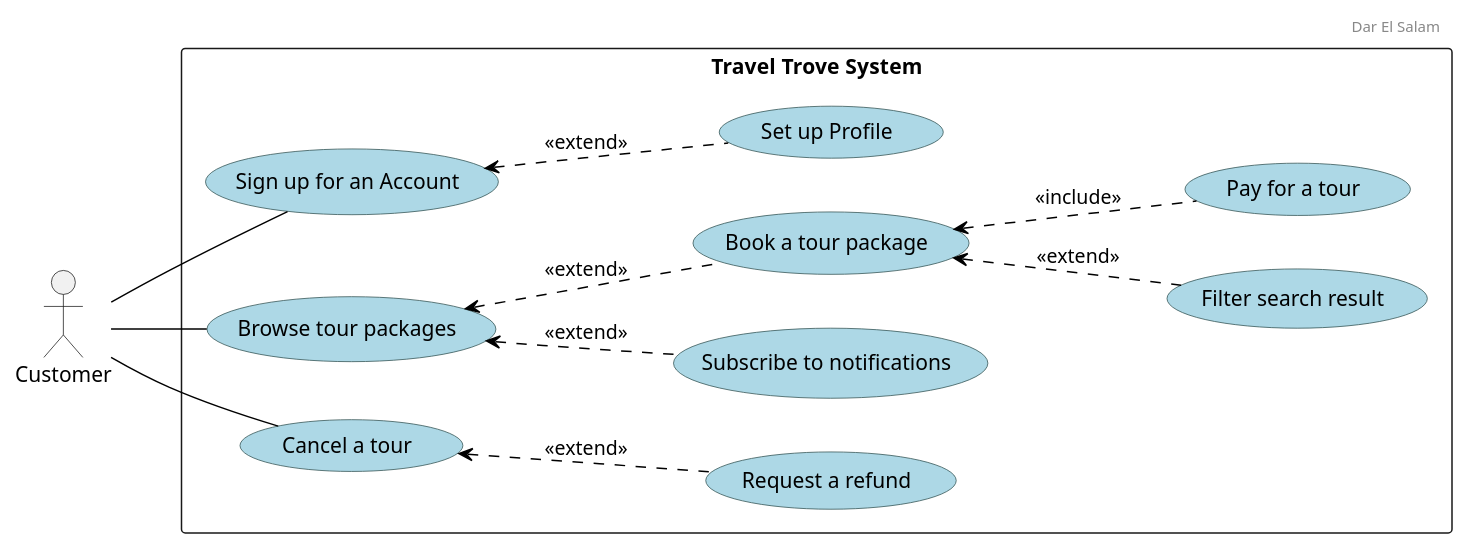
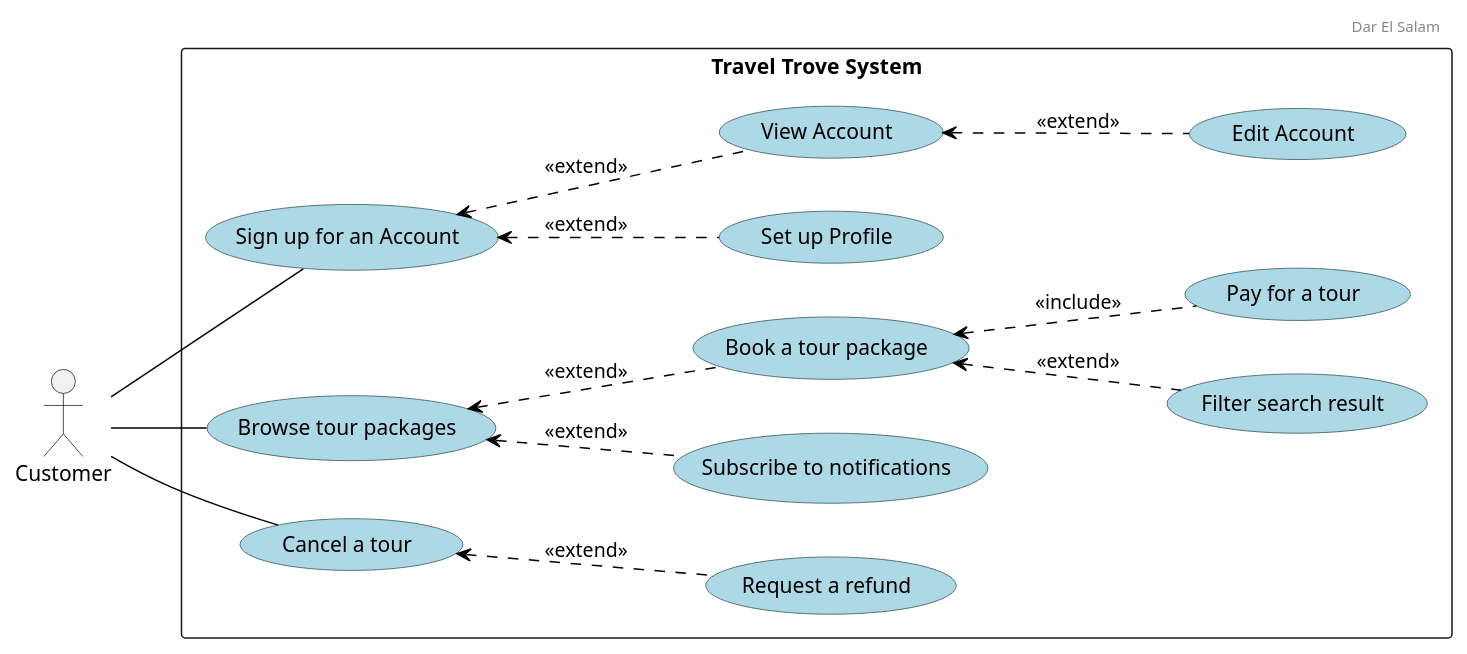
One commit to Hares-2088/TravelTrove changed the diagram in diagrams/use cases/Customer.puml. Above: the diagram before and after it, drawn with PlantUML. The commit also changed 2 other files, not shown here.

Commit message:
Sprint 1 entities use case diagram

```diff
--- a/diagrams/use cases/Customer.puml
+++ b/diagrams/use cases/Customer.puml
@@ -1,50 +1,54 @@
 @startuml
 
 left to right direction
 
 ' Add a header with left alignment
 header
 Dar El Salam
 endheader
 
 ' Align the header text to the left
 skinparam headerAlignment left
 
 ' Custom skin parameters for use cases
 skinparam usecase {
     BackgroundColor lightblue
     BorderColor DarkSlateGray
     ArrowColor Black
 }
 
 actor "Customer" as Customer
 
 rectangle "Travel Trove System" {
 
     usecase "Sign up for an Account"
     usecase "Set up Profile"
+    usecase "View Account"
+    usecase "Edit Account"
 
     usecase "Browse tour packages"
     usecase "Filter search result"
     usecase "Subscribe to notifications"
 
     usecase "Book a tour package"
     usecase "Pay for a tour"
 
     usecase "Cancel a tour"
     usecase "Request a refund"
 }
 
 "Sign up for an Account" <.. "Set up Profile" : <<extend>>
+"Sign up for an Account" <.. "View Account" : <<extend>>
+"View Account" <.. "Edit Account" : <<extend>>
 "Browse tour packages" <.. "Book a tour package" : <<extend>>
 "Browse tour packages" <.. "Subscribe to notifications" : <<extend>>
 "Book a tour package" <.. "Filter search result" : <<extend>>
 "Book a tour package" <.. "Pay for a tour" : <<include>>
 "Cancel a tour" <.. "Request a refund" : <<extend>>
 
 Customer -- "Sign up for an Account"
 Customer -- "Browse tour packages"
 'Customer -- "Book a tour package"
 Customer -- "Cancel a tour"
 
 @enduml
```
